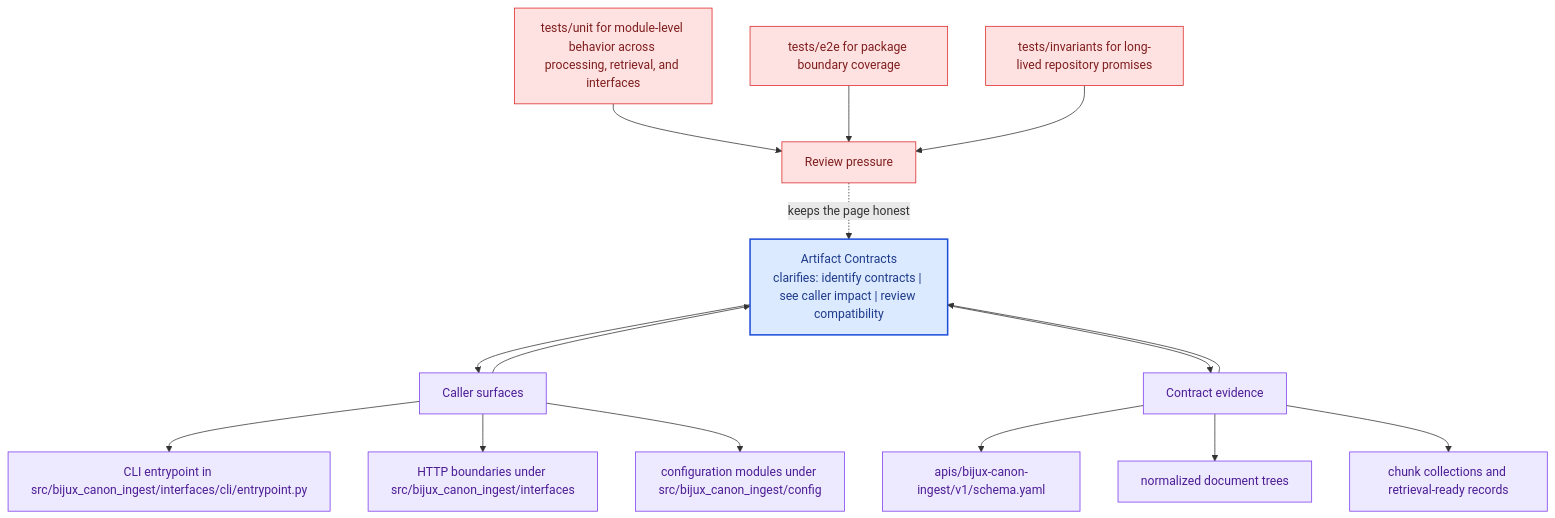
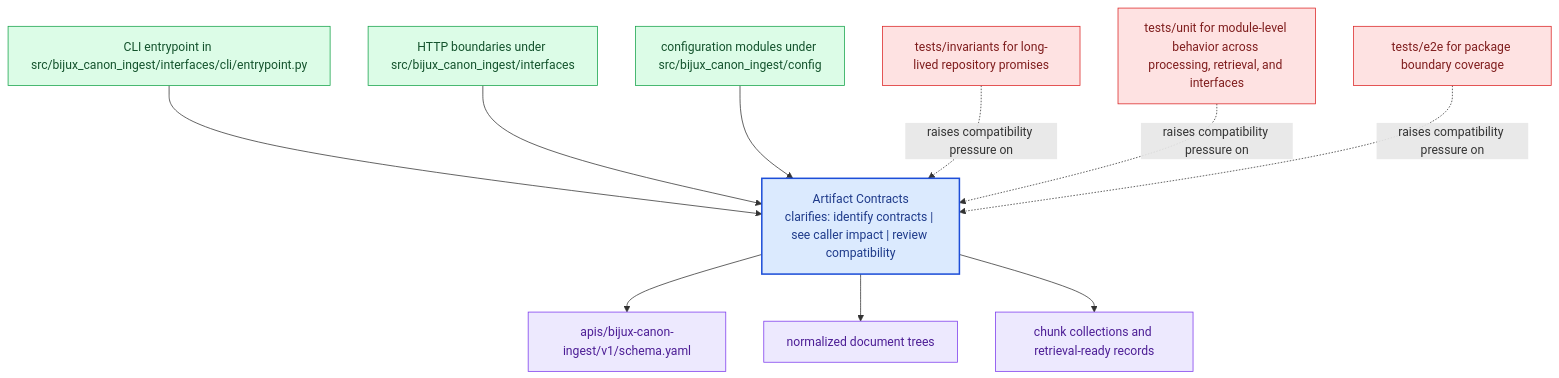
The diagram in docs/bijux-canon-ingest/interfaces/artifact-contracts.md (bijux/bijux-canon), drawn with Mermaid before and after one commit. The commit also changed other lines of this file and 281 other files, not shown here.

Commit message:
docs(diagrams): replace repeated mermaid scaffolds with page-specific summaries

````diff
--- a/docs/bijux-canon-ingest/interfaces/artifact-contracts.md
+++ b/docs/bijux-canon-ingest/interfaces/artifact-contracts.md
@@ -68,41 +23,31 @@
 ```mermaid
 flowchart TB
-    promise["Artifact Contracts<br/>clarifies: identify contracts | see caller impact | review compatibility"]
-    classDef promise fill:#dbeafe,stroke:#1d4ed8,color:#1e3a8a,stroke-width:2px;
-    classDef driver fill:#dcfce7,stroke:#16a34a,color:#14532d;
-    classDef constraint fill:#fee2e2,stroke:#dc2626,color:#7f1d1d;
-    classDef ground fill:#ede9fe,stroke:#7c3aed,color:#4c1d95;
-    focus1["Caller surfaces"]
-    focus1 --> promise
-    promise --> focus1
-    focus1_1["CLI entrypoint in src/bijux_canon_ingest/interfaces/cli/entrypoint.py"]
-    focus1 --> focus1_1
-    focus1_2["HTTP boundaries under src/bijux_canon_ingest/interfaces"]
-    focus1 --> focus1_2
-    focus1_3["configuration modules under src/bijux_canon_ingest/config"]
-    focus1 --> focus1_3
-    class focus1 ground;
-    class focus1_1,focus1_2,focus1_3 ground;
-    focus2["Contract evidence"]
-    focus2 --> promise
-    promise --> focus2
-    focus2_1["apis/bijux-canon-ingest/v1/schema.yaml"]
-    focus2 --> focus2_1
-    focus2_2["normalized document trees"]
-    focus2 --> focus2_2
-    focus2_3["chunk collections and retrieval-ready records"]
-    focus2 --> focus2_3
-    class focus2 ground;
-    class focus2_1,focus2_2,focus2_3 ground;
-    focus3["Review pressure"]
-    focus3 -.keeps the page honest.-> promise
-    focus3_1["tests/unit for module-level behavior across processing, retrieval, and interfaces"]
-    focus3_1 --> focus3
-    focus3_2["tests/e2e for package boundary coverage"]
-    focus3_2 --> focus3
-    focus3_3["tests/invariants for long-lived repository promises"]
-    focus3_3 --> focus3
-    class focus3 constraint;
-    class focus3_1,focus3_2,focus3_3 constraint;
-    class promise promise;
+    page["Artifact Contracts<br/>clarifies: identify contracts | see caller impact | review compatibility"]
+    classDef page fill:#dbeafe,stroke:#1d4ed8,color:#1e3a8a,stroke-width:2px;
+    classDef positive fill:#dcfce7,stroke:#16a34a,color:#14532d;
+    classDef caution fill:#fee2e2,stroke:#dc2626,color:#7f1d1d;
+    classDef anchor fill:#ede9fe,stroke:#7c3aed,color:#4c1d95;
+    classDef action fill:#fef3c7,stroke:#d97706,color:#7c2d12;
+    surface1["CLI entrypoint in src/bijux_canon_ingest/interfaces/cli/entrypoint.py"]
+    surface1 --> page
+    surface2["HTTP boundaries under src/bijux_canon_ingest/interfaces"]
+    surface2 --> page
+    surface3["configuration modules under src/bijux_canon_ingest/config"]
+    surface3 --> page
+    proof1["apis/bijux-canon-ingest/v1/schema.yaml"]
+    page --> proof1
+    proof2["normalized document trees"]
+    page --> proof2
+    proof3["chunk collections and retrieval-ready records"]
+    page --> proof3
+    review1["tests/invariants for long-lived repository promises"]
+    review1 -.raises compatibility pressure on.-> page
+    review2["tests/unit for module-level behavior across processing, retrieval, and interfaces"]
+    review2 -.raises compatibility pressure on.-> page
+    review3["tests/e2e for package boundary coverage"]
+    review3 -.raises compatibility pressure on.-> page
+    class page page;
+    class surface1,surface2,surface3 positive;
+    class proof1,proof2,proof3 anchor;
+    class review1,review2,review3 caution;
 ```
````
